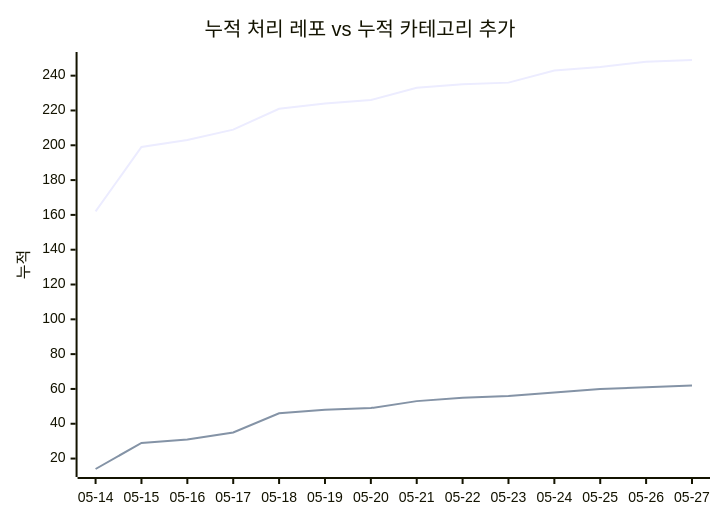
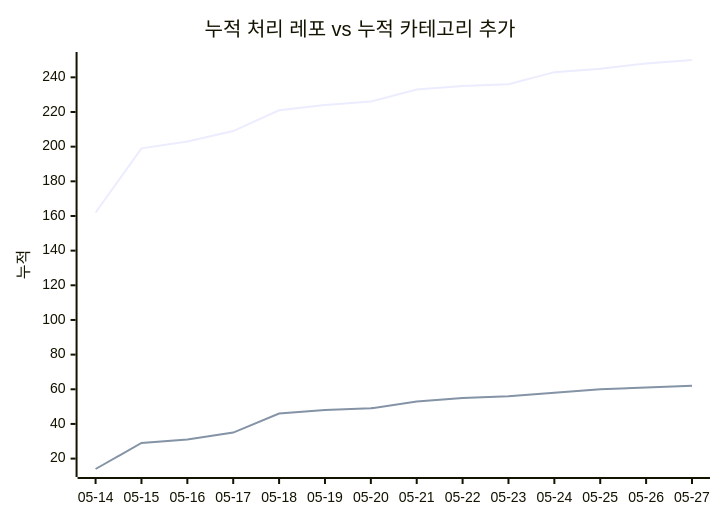
The second of 2 diagrams in docs/trends.md (J-nowcow/awesome-korean-agent-skills), drawn with Mermaid before and after one commit. The commit also changed other lines of this file and 2 other files, not shown here.

````diff
--- a/docs/trends.md
+++ b/docs/trends.md
@@ -68,8 +68,8 @@
 ```mermaid
 xychart-beta
     title "누적 처리 레포 vs 누적 카테고리 추가"
     x-axis ["05-14","05-15","05-16","05-17","05-18","05-19","05-20","05-21","05-22","05-23","05-24","05-25","05-26","05-27"]
     y-axis "누적"
-    line [162,199,203,209,221,224,226,233,235,236,243,245,248,249]
+    line [162,199,203,209,221,224,226,233,235,236,243,245,248,250]
     line [14,29,31,35,46,48,49,53,55,56,58,60,61,62]
 ```
````
